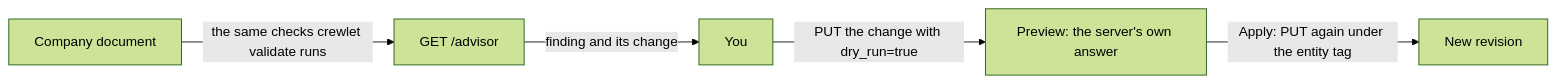
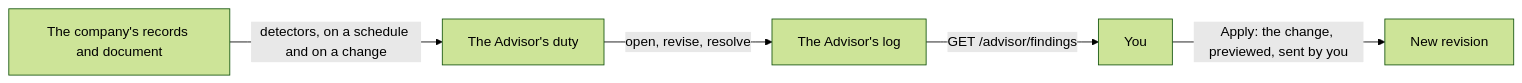
The diagram in docs/guides/advisor.md (crewlet/crewlet), drawn with Mermaid (forest theme) before and after one commit. The commit also changed other lines of this file and 62 other files, not shown here.

````diff
--- a/docs/guides/advisor.md
+++ b/docs/guides/advisor.md
@@ -5,7 +5,7 @@
 ```mermaid
 flowchart LR
-  D[Company document] -->|the same checks crewlet validate runs| A[GET /advisor]
-  A -->|finding and its change| Y[You]
-  Y -->|PUT the change with dry_run=true| P[Preview: the server's own answer]
-  P -->|Apply: PUT again under the entity tag| C[New revision]
+  R[The company's records and document] -->|detectors, on a schedule and on a change| D[The Advisor's duty]
+  D -->|open, revise, resolve| L[The Advisor's log]
+  L -->|GET /advisor/findings| Y[You]
+  Y -->|Apply: the change, previewed, sent by you| C[New revision]
 ```
````
